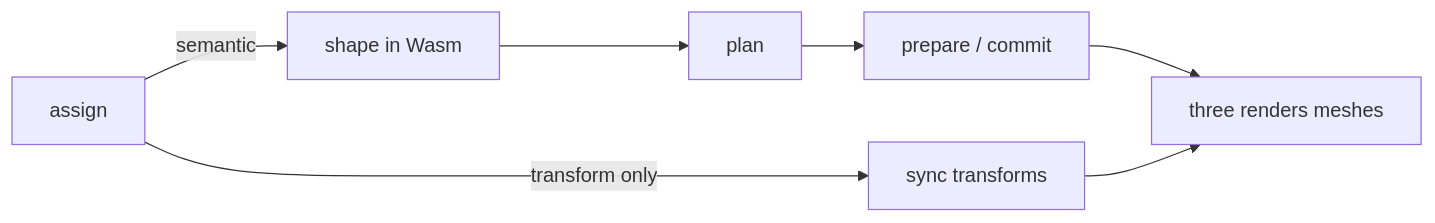
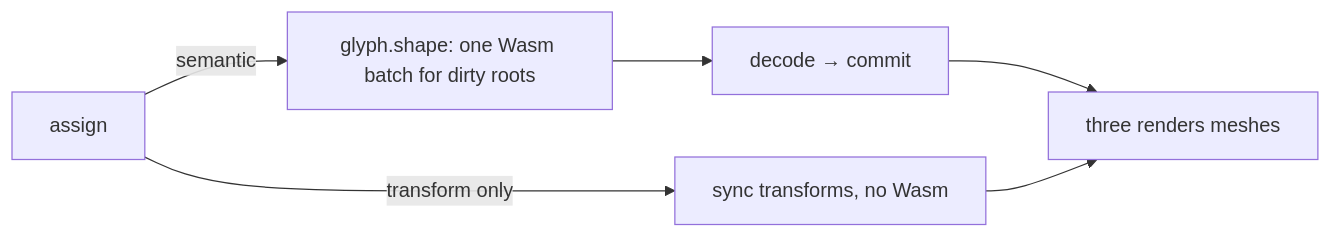
Before and after one commit to pmndrs/glyph: the diagram in site/docs/advanced/performance.mdx, drawn with Mermaid. The commit also changed other lines of this file and 19 other files, not shown here.

````diff
--- a/site/docs/advanced/performance.mdx
+++ b/site/docs/advanced/performance.mdx
@@ -15,7 +15,7 @@
 ```mermaid
 flowchart LR
-  A[assign] -->|semantic| B[shape in Wasm] --> C[plan] --> D[prepare / commit]
-  A -->|transform only| E[sync transforms]
-  D --> F[three renders meshes]
+  A[assign] -->|semantic| B[glyph.shape: one Wasm batch for dirty roots] --> C[decode → commit]
+  A -->|transform only| E[sync transforms, no Wasm]
+  C --> F[three renders meshes]
   E --> F
 ```
````
